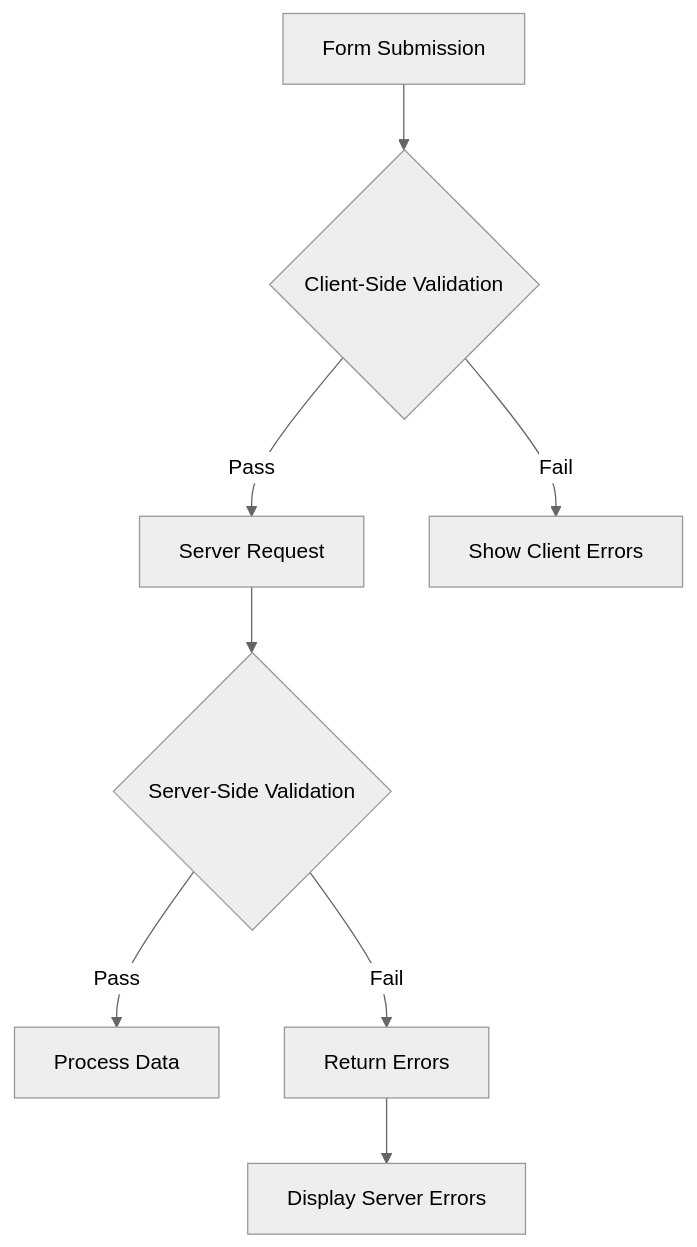
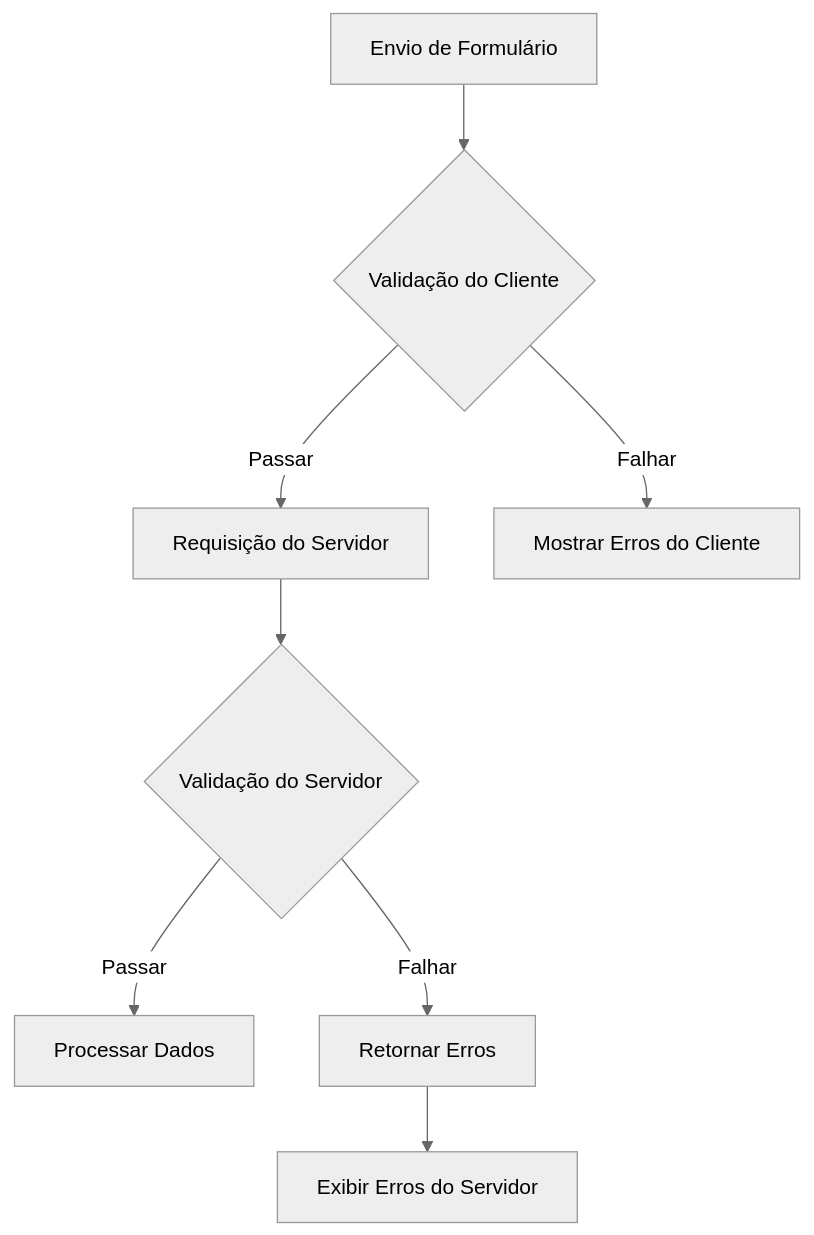
One commit to mambax7/xoops-docs changed the diagram in apps/docs-27/src/content/docs/pt/core-concepts/forms/validation.md. Above: the diagram before and after it, drawn with Mermaid (neutral theme). The commit also changed other lines of this file and 162 other files, not shown here.

````diff
--- a/apps/docs-27/src/content/docs/pt/core-concepts/forms/validation.md
+++ b/apps/docs-27/src/content/docs/pt/core-concepts/forms/validation.md
@@ -11,10 +11,10 @@
 ```mermaid
 flowchart TB
-    A[Form Submission] --> B{Client-Side Validation}
-    B -->|Pass| C[Server Request]
-    B -->|Fail| D[Show Client Errors]
-    C --> E{Server-Side Validation}
-    E -->|Pass| F[Process Data]
-    E -->|Fail| G[Return Errors]
-    G --> H[Display Server Errors]
+    A[Envio de Formulário] --> B{Validação do Cliente}
+    B -->|Passar| C[Requisição do Servidor]
+    B -->|Falhar| D[Mostrar Erros do Cliente]
+    C --> E{Validação do Servidor}
+    E -->|Passar| F[Processar Dados]
+    E -->|Falhar| G[Retornar Erros]
+    G --> H[Exibir Erros do Servidor]
 ```
````
